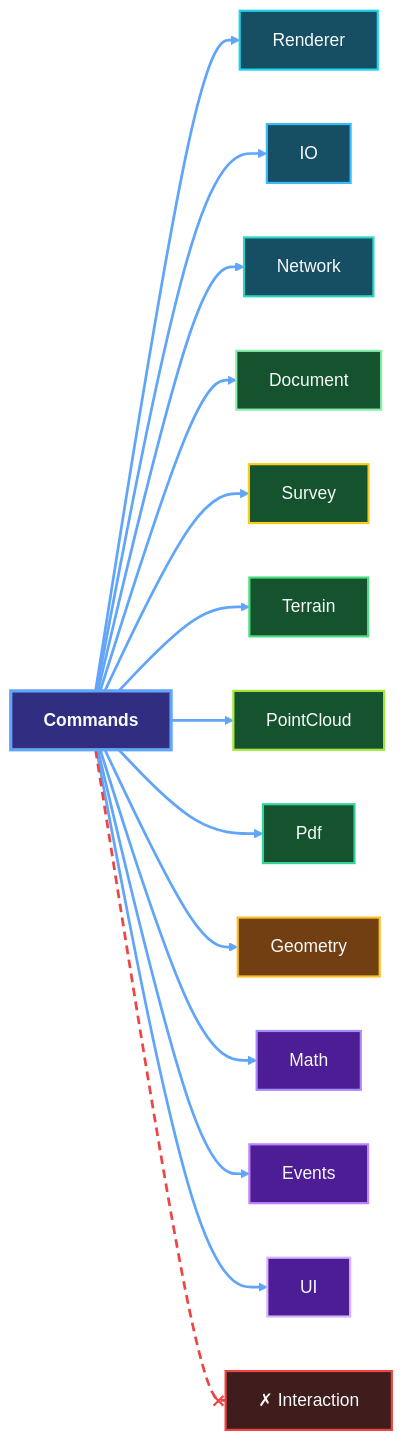
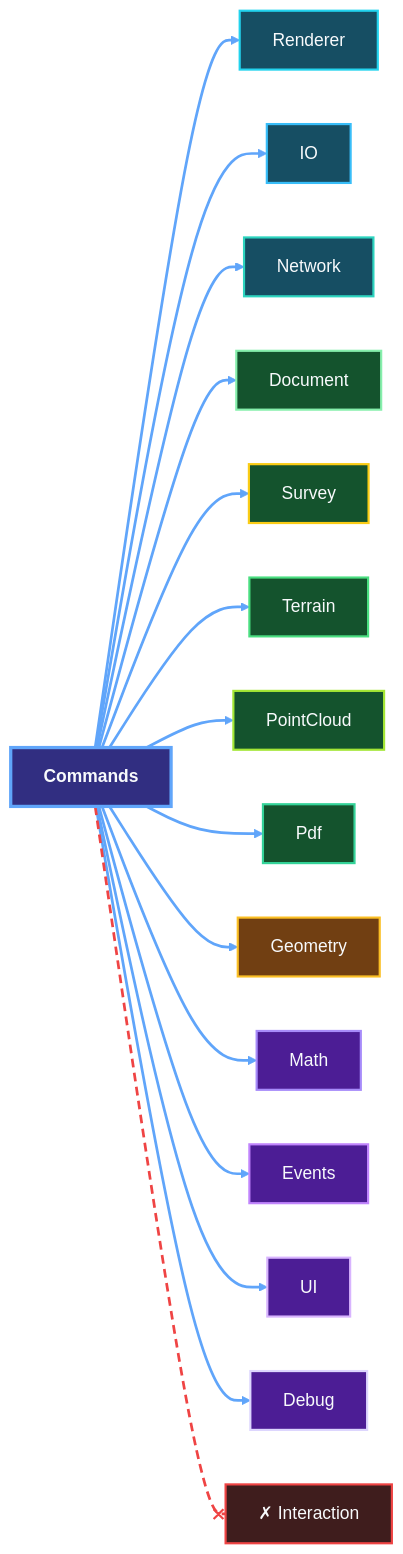
The third of 42 diagrams in docs/architecture/system-dependencies.md (chetjones003/GoSurvey), drawn with Mermaid before and after one commit. The commit also changed other lines of this file and 2 other files, not shown here.

Commit message:
fix(architecture): align dependency diagrams with system map

````diff
--- a/docs/architecture/system-dependencies.md
+++ b/docs/architecture/system-dependencies.md
@@ -136,57 +136,61 @@
 ```mermaid
 flowchart LR
   commands__src["<b>Commands</b>"]
   commands__renderer["Renderer"]
   commands__io["IO"]
   commands__network["Network"]
   commands__document["Document"]
   commands__survey["Survey"]
   commands__terrain["Terrain"]
   commands__pointcloud["PointCloud"]
   commands__pdf["Pdf"]
   commands__geometry["Geometry"]
   commands__math["Math"]
   commands__events["Events"]
   commands__ui["UI"]
+  commands__debug["Debug"]
   commands__x_interaction["✗ Interaction"]
   commands__src --> commands__renderer
   commands__src --> commands__io
   commands__src --> commands__network
   commands__src --> commands__document
   commands__src --> commands__survey
   commands__src --> commands__terrain
   commands__src --> commands__pointcloud
   commands__src --> commands__pdf
   commands__src --> commands__geometry
   commands__src --> commands__math
   commands__src --> commands__events
   commands__src --> commands__ui
+  commands__src --> commands__debug
   commands__src -.-x commands__x_interaction
   style commands__src fill:#312e81,stroke:#60a5fa,stroke-width:3px,color:#f8fafc
   style commands__renderer fill:#164e63,stroke:#22d3ee,stroke-width:2px,color:#f8fafc
   style commands__io fill:#164e63,stroke:#38bdf8,stroke-width:2px,color:#f8fafc
   style commands__network fill:#164e63,stroke:#2dd4bf,stroke-width:2px,color:#f8fafc
   style commands__document fill:#14532d,stroke:#86efac,stroke-width:2px,color:#f8fafc
   style commands__survey fill:#14532d,stroke:#facc15,stroke-width:2px,color:#f8fafc
   style commands__terrain fill:#14532d,stroke:#4ade80,stroke-width:2px,color:#f8fafc
   style commands__pointcloud fill:#14532d,stroke:#a3e635,stroke-width:2px,color:#f8fafc
   style commands__pdf fill:#14532d,stroke:#34d399,stroke-width:2px,color:#f8fafc
   style commands__geometry fill:#713f12,stroke:#fbbf24,stroke-width:2px,color:#f8fafc
   style commands__math fill:#4c1d95,stroke:#a78bfa,stroke-width:2px,color:#f8fafc
   style commands__events fill:#4c1d95,stroke:#c084fc,stroke-width:2px,color:#f8fafc
   style commands__ui fill:#4c1d95,stroke:#d8b4fe,stroke-width:2px,color:#f8fafc
+  style commands__debug fill:#4c1d95,stroke:#ddd6fe,stroke-width:2px,color:#f8fafc
   style commands__x_interaction fill:#3f1d1d,stroke:#ef4444,stroke-width:2px,color:#f8fafc
   linkStyle 0 stroke:#60a5fa,stroke-width:2.5px
   linkStyle 1 stroke:#60a5fa,stroke-width:2.5px
   linkStyle 2 stroke:#60a5fa,stroke-width:2.5px
   linkStyle 3 stroke:#60a5fa,stroke-width:2.5px
   linkStyle 4 stroke:#60a5fa,stroke-width:2.5px
   linkStyle 5 stroke:#60a5fa,stroke-width:2.5px
   linkStyle 6 stroke:#60a5fa,stroke-width:2.5px
   linkStyle 7 stroke:#60a5fa,stroke-width:2.5px
   linkStyle 8 stroke:#60a5fa,stroke-width:2.5px
   linkStyle 9 stroke:#60a5fa,stroke-width:2.5px
   linkStyle 10 stroke:#60a5fa,stroke-width:2.5px
   linkStyle 11 stroke:#60a5fa,stroke-width:2.5px
-  linkStyle 12 stroke:#ef4444,stroke-width:2.5px,stroke-dasharray:8 5
+  linkStyle 12 stroke:#60a5fa,stroke-width:2.5px
+  linkStyle 13 stroke:#ef4444,stroke-width:2.5px,stroke-dasharray:8 5
 ```
````
